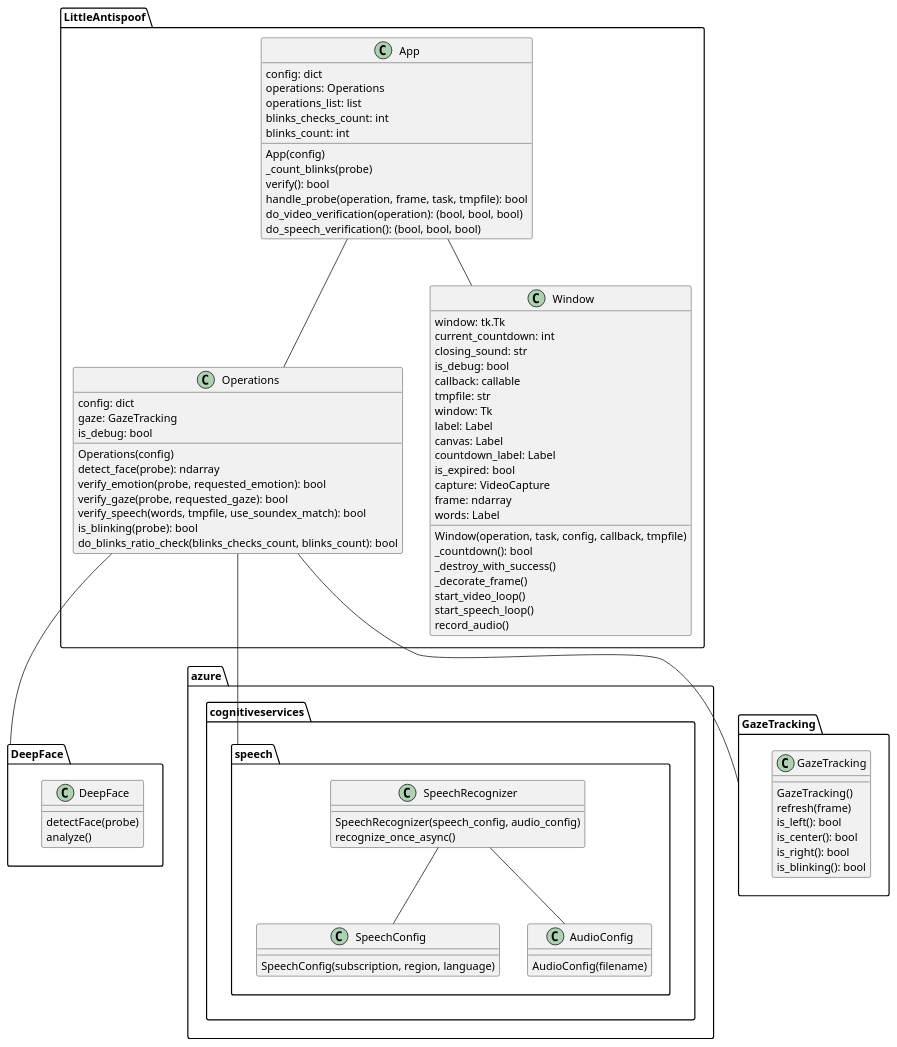
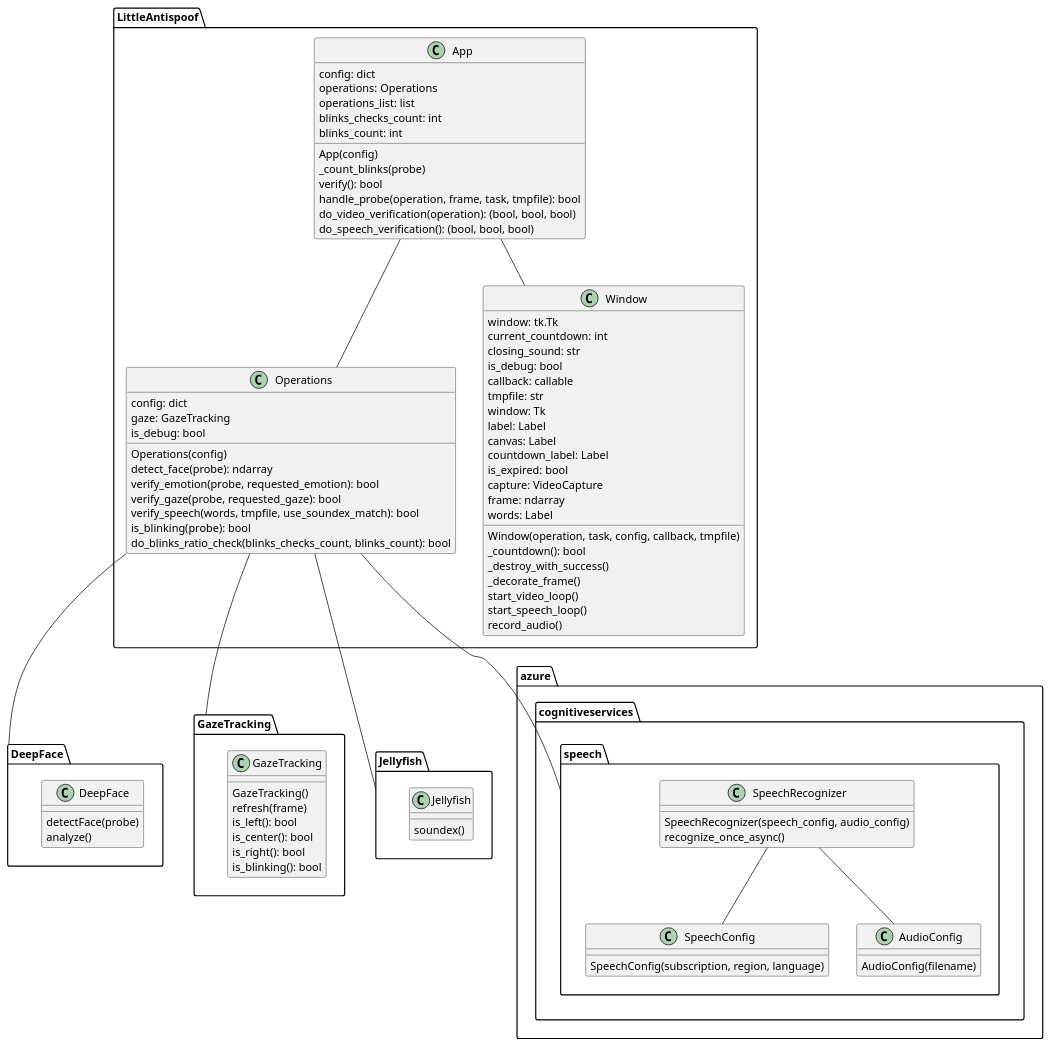
Before and after one commit to IdentiMood/LittleAntispoof: the diagram in docs/class-diagram.puml, drawn with PlantUML.

Commit message:
Add Jellyfish to class diagram

```diff
--- a/docs/class-diagram.puml
+++ b/docs/class-diagram.puml
@@ -1,98 +1,105 @@
 @startuml LittleAntispoof
 
 package "LittleAntispoof" {
     App -- Operations
     App -- Window
     
     class App {
         config: dict
         operations: Operations
         operations_list: list
         blinks_checks_count: int
         blinks_count: int
         App(config)
         _count_blinks(probe)
         verify(): bool
         handle_probe(operation, frame, task, tmpfile): bool
         do_video_verification(operation): (bool, bool, bool)
         do_speech_verification(): (bool, bool, bool)
     }
 
     class Operations {
         config: dict
         gaze: GazeTracking
         is_debug: bool
         Operations(config)
         detect_face(probe): ndarray
         verify_emotion(probe, requested_emotion): bool
         verify_gaze(probe, requested_gaze): bool
         verify_speech(words, tmpfile, use_soundex_match): bool
         is_blinking(probe): bool
         do_blinks_ratio_check(blinks_checks_count, blinks_count): bool
     }
 
     class Window {
         window: tk.Tk
         current_countdown: int
         closing_sound: str
         is_debug: bool
         callback: callable
         tmpfile: str
         window: Tk
         label: Label
         canvas: Label
         countdown_label: Label
         is_expired: bool
         capture: VideoCapture
         frame: ndarray
         words: Label
 
         Window(operation, task, config, callback, tmpfile)
         _countdown(): bool
         _destroy_with_success()
         _decorate_frame()
         start_video_loop()
         start_speech_loop()
         record_audio()
     }
 }
 
 package "DeepFace" {
     class DeepFace {
         detectFace(probe)
         analyze()  
     }
 }
 
+package "GazeTracking" {
+    class GazeTracking {
+        GazeTracking()
+        refresh(frame)
+        is_left(): bool
+        is_center(): bool
+        is_right(): bool
+        is_blinking(): bool
+    }
+}
+
+package "Jellyfish" {
+    class Jellyfish {
+        soundex()
+    }
+}
+
 package "azure.cognitiveservices.speech" {
     class SpeechConfig {
         SpeechConfig(subscription, region, language)
     }
     class AudioConfig {
         AudioConfig(filename)
     }
     class SpeechRecognizer {
         SpeechRecognizer(speech_config, audio_config)
         recognize_once_async()
     }
 
     SpeechRecognizer -- SpeechConfig
     SpeechRecognizer -- AudioConfig
 }
 
-package "GazeTracking" {
-    class GazeTracking {
-        GazeTracking()
-        refresh(frame)
-        is_left(): bool
-        is_center(): bool
-        is_right(): bool
-        is_blinking(): bool
-    }
-}
-
 Operations -- DeepFace
+Operations -- GazeTracking
+Operations -- Jellyfish
 Operations -- azure.cognitiveservices.speech
-Operations -- GazeTracking
 
 @enduml
```
